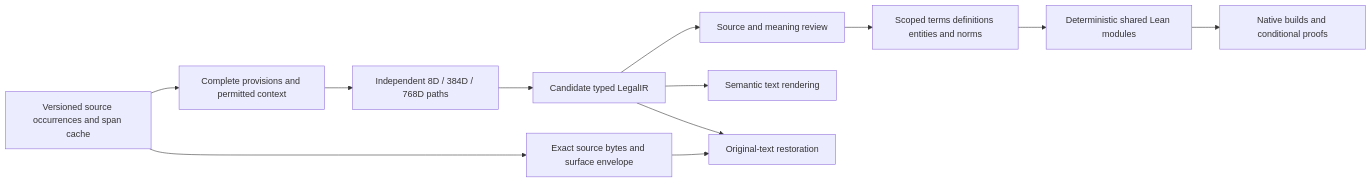
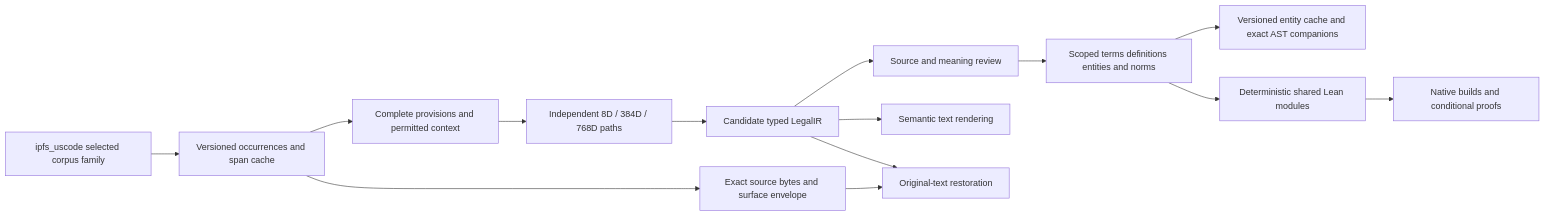
The first of 2 diagrams in docs/autoencoders/legal_ir_uscode_corpus_improvement_plan_20261015.md (endomorphosis/ipfs_datasets_py), drawn with Mermaid before and after one commit. The commit also changed other lines of this file and 10 other files, not shown here.

Commit message:
Plan source-to-span LegalIR improvements and a scoped Lean corpus

````diff
--- a/docs/autoencoders/legal_ir_uscode_corpus_improvement_plan_20261015.md
+++ b/docs/autoencoders/legal_ir_uscode_corpus_improvement_plan_20261015.md
@@ -23,14 +34,16 @@
 ```mermaid
 flowchart LR
-    S[Versioned source occurrences and span cache] --> C[Complete provisions and permitted context]
+    U[ipfs_uscode selected corpus family] --> S[Versioned occurrences and span cache]
+    S --> C[Complete provisions and permitted context]
     C --> E[Independent 8D / 384D / 768D paths]
     E --> I[Candidate typed LegalIR]
     I --> R[Source and meaning review]
     R --> G[Scoped terms definitions entities and norms]
+    G --> K[Versioned entity cache and exact AST companions]
     G --> L[Deterministic shared Lean modules]
     L --> P[Native builds and conditional proofs]
     S --> B[Exact source bytes and surface envelope]
     I --> T[Semantic text rendering]
     B --> X[Original-text restoration]
     I --> X
 ```
````
